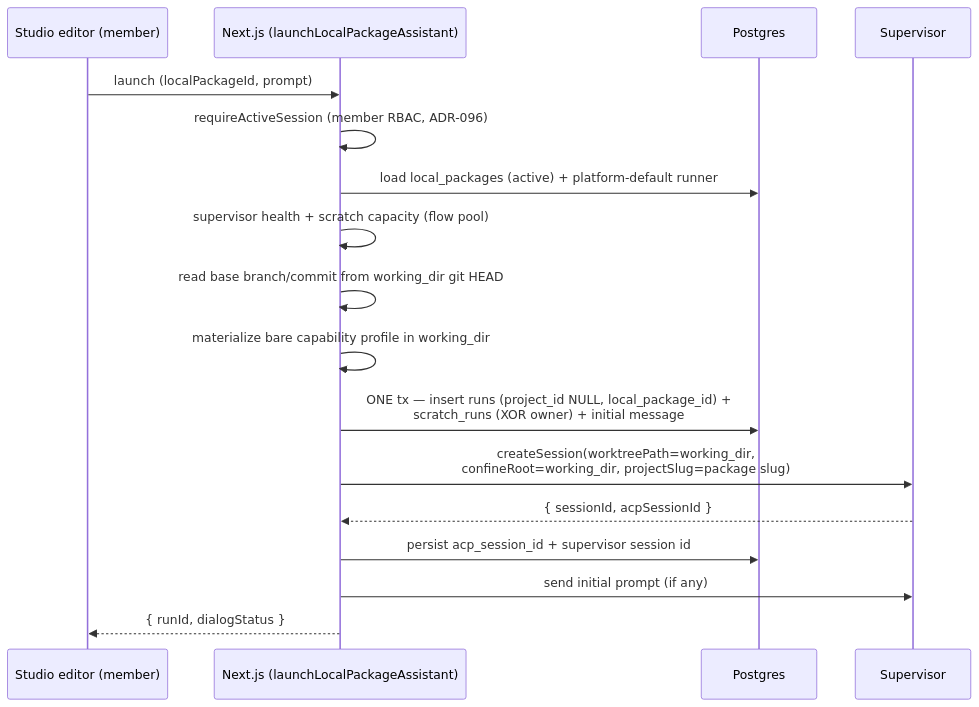
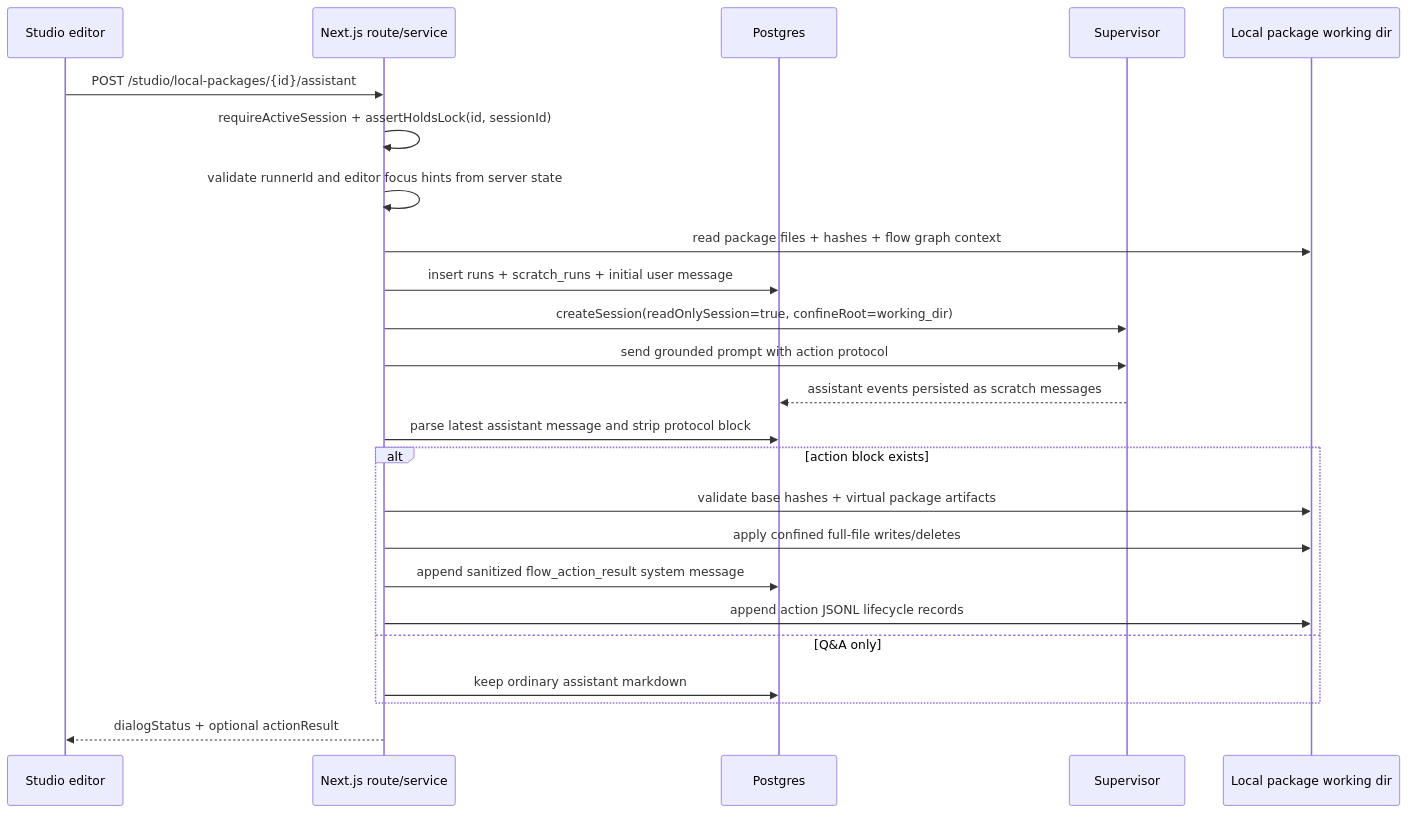
Before and after one commit to maister-dev/maister: the second of 2 diagrams in docs/system-analytics/studio-ai-assistant.md, drawn with Mermaid. The commit also changed other lines of this file and 40 other files, not shown here.

First line of the commit message:
feat(studio): add flow editor AI assistant

````diff
--- a/docs/system-analytics/studio-ai-assistant.md
+++ b/docs/system-analytics/studio-ai-assistant.md
@@ -112,20 +84,27 @@
 ```mermaid
 sequenceDiagram
-    participant Editor as Studio editor (member)
-    participant Web as Next.js (launchLocalPackageAssistant)
+    participant Editor as Studio editor
+    participant Web as Next.js route/service
     participant DB as Postgres
     participant Sup as Supervisor
+    participant FS as Local package working dir
 
-    Editor->>Web: launch (localPackageId, prompt)
-    Web->>Web: requireActiveSession (member RBAC, ADR-096)
-    Web->>DB: load local_packages (active) + platform-default runner
-    Web->>Web: supervisor health + scratch capacity (flow pool)
-    Web->>Web: read base branch/commit from working_dir git HEAD
-    Web->>Web: materialize bare capability profile in working_dir
-    Web->>DB: ONE tx — insert runs (project_id NULL, local_package_id) +<br/>scratch_runs (XOR owner) + initial message
-    Web->>Sup: createSession(worktreePath=working_dir,<br/>confineRoot=working_dir, projectSlug=package slug)
-    Sup-->>Web: { sessionId, acpSessionId }
-    Web->>DB: persist acp_session_id + supervisor session id
-    Web->>Sup: send initial prompt (if any)
-    Web-->>Editor: { runId, dialogStatus }
+    Editor->>Web: POST /studio/local-packages/{id}/assistant
+    Web->>Web: requireActiveSession + assertHoldsLock(id, sessionId)
+    Web->>Web: validate runnerId and editor focus hints from server state
+    Web->>FS: read package files + hashes + flow graph context
+    Web->>DB: insert runs + scratch_runs + initial user message
+    Web->>Sup: createSession(readOnlySession=true, confineRoot=working_dir)
+    Web->>Sup: send grounded prompt with action protocol
+    Sup-->>DB: assistant events persisted as scratch messages
+    Web->>DB: parse latest assistant message and strip protocol block
+    alt action block exists
+        Web->>FS: validate base hashes + virtual package artifacts
+        Web->>FS: apply confined full-file writes/deletes
+        Web->>DB: append sanitized flow_action_result system message
+        Web->>FS: append action JSONL lifecycle records
+    else Q&A only
+        Web->>DB: keep ordinary assistant markdown
+    end
+    Web-->>Editor: dialogStatus + optional actionResult
 ```
````
